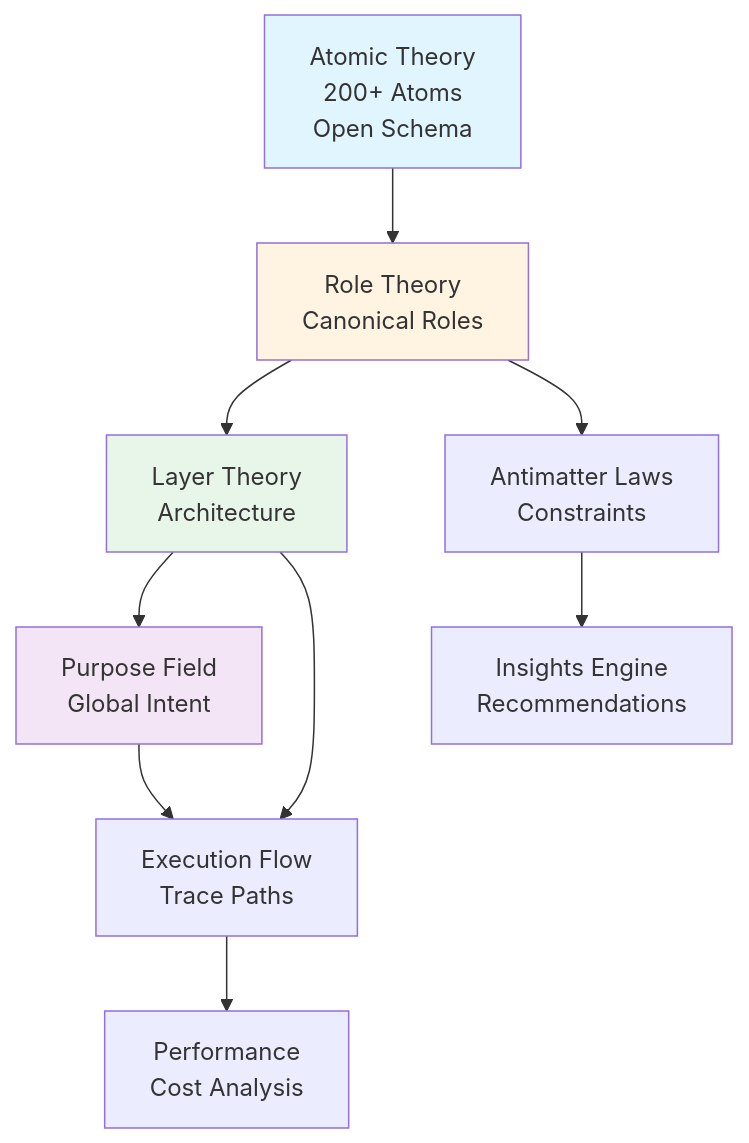
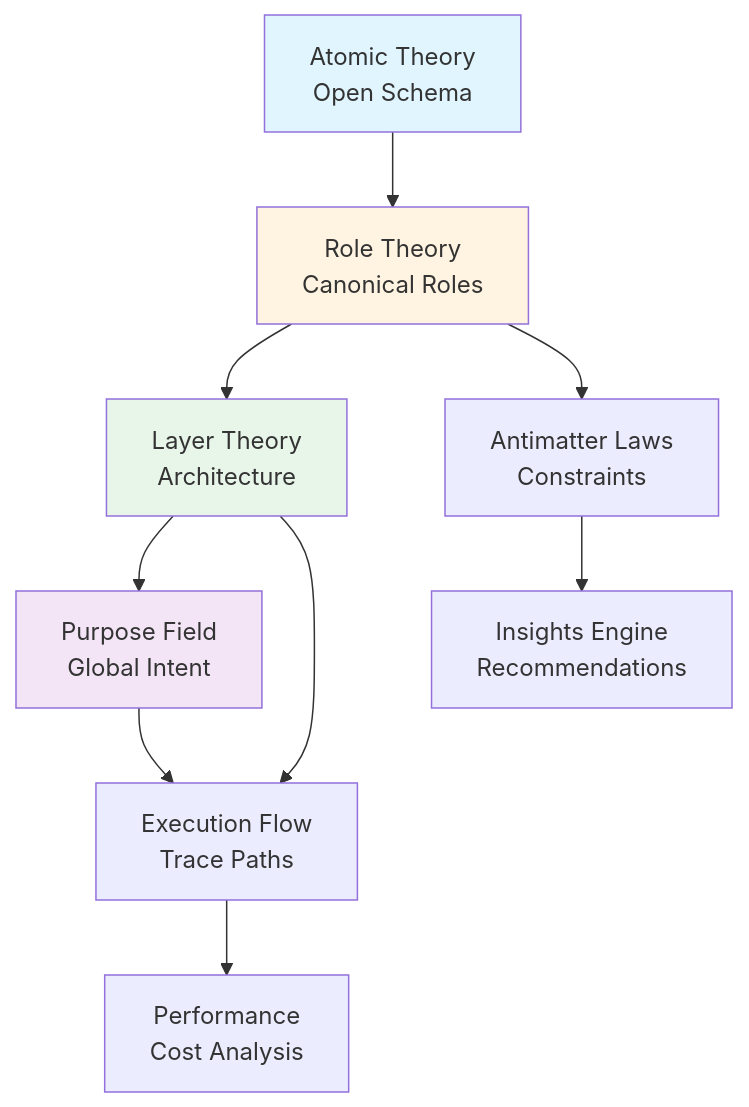
Before and after one commit to leolech14/standard-model-for-computer-language: the first of 2 diagrams in standard-model-of-code/docs/THEORY_MAP.md, drawn with Mermaid. The commit also changed other lines of this file and 5 other files, not shown here.

First line of the commit message:
docs: simplify atom schema to essential structure only

````diff
--- a/standard-model-of-code/docs/THEORY_MAP.md
+++ b/standard-model-of-code/docs/THEORY_MAP.md
@@ -15,16 +15,16 @@
 ```mermaid
 graph TD
-    A[Atomic Theory<br/>200+ Atoms<br/>Open Schema] --> B[Role Theory<br/>Canonical Roles]
+    A[Atomic Theory<br/>Open Schema] --> B[Role Theory<br/>Canonical Roles]
     B --> C[Layer Theory<br/>Architecture]
     B --> D[Antimatter Laws<br/>Constraints]
     C --> E[Purpose Field<br/>Global Intent]
     C --> F[Execution Flow<br/>Trace Paths]
     D --> G[Insights Engine<br/>Recommendations]
     E --> F
     F --> H[Performance<br/>Cost Analysis]
     
     style A fill:#e1f5ff
     style B fill:#fff4e1
     style C fill:#e8f5e9
     style E fill:#f3e5f5
 ```
````
